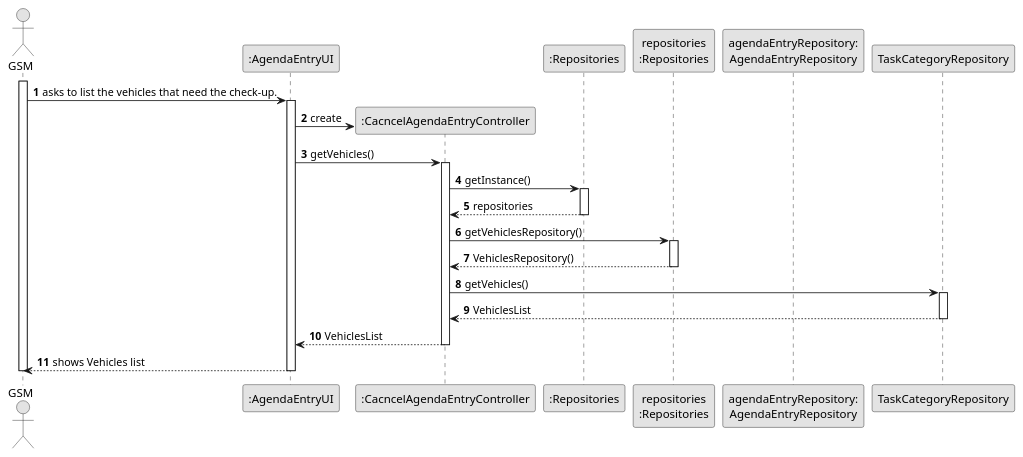
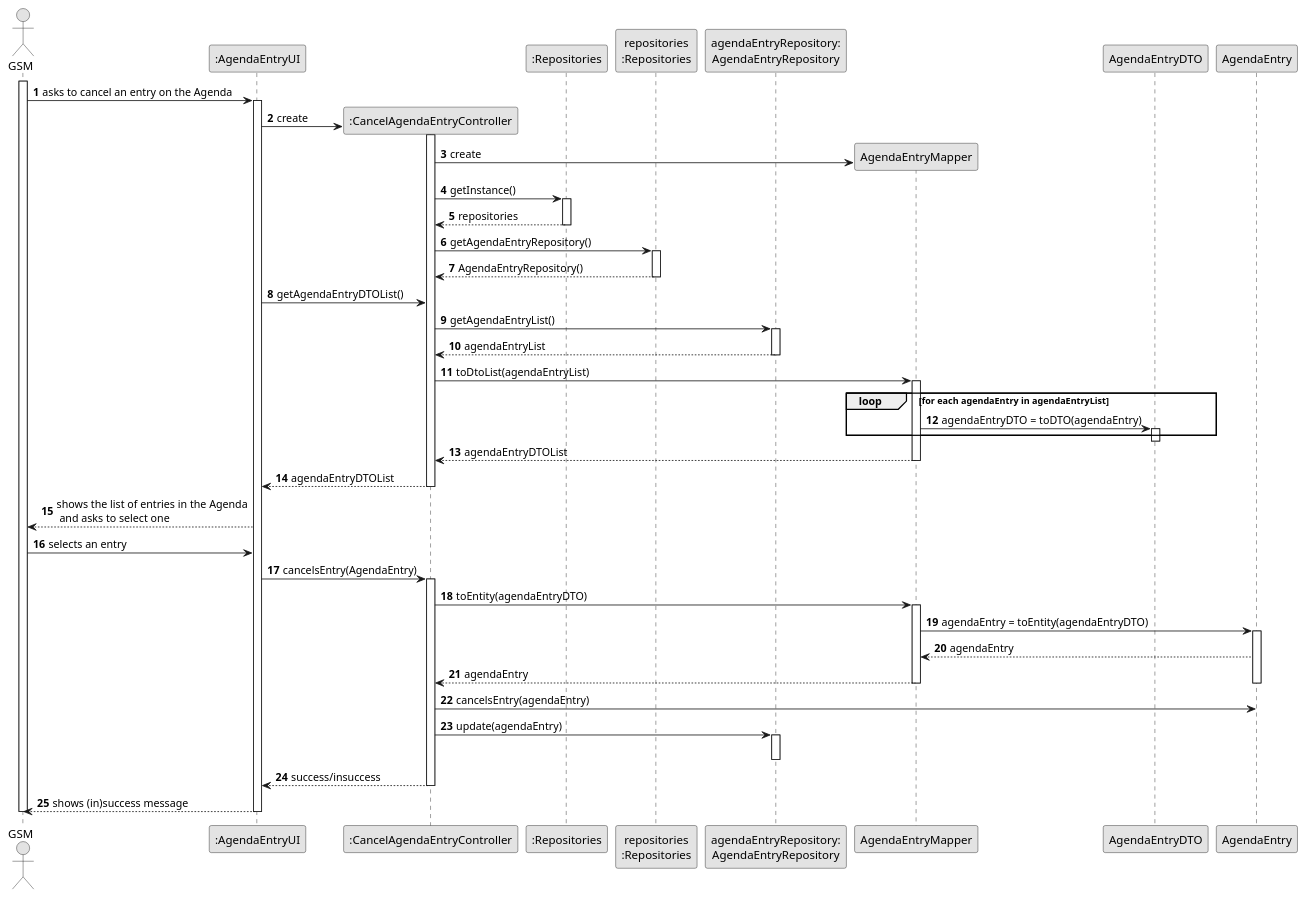
One commit to Departamento-de-Engenharia-Informatica/lei-24-s2-1do-g164 changed the diagram in docs/sprintC/us025/03.design/puml/us025-sequence-diagram-full.puml. Above: the diagram before and after it, drawn with PlantUML. The commit also changed 2 other files, not shown here.

```diff
--- a/docs/sprintC/us025/03.design/puml/us025-sequence-diagram-full.puml
+++ b/docs/sprintC/us025/03.design/puml/us025-sequence-diagram-full.puml
@@ -1,57 +1,111 @@
 @startuml
 skinparam monochrome true
 skinparam packageStyle rectangle
 skinparam shadowing false
 
 autonumber
 
 'hide footbox
 actor "GSM" as GSM
 participant ":AgendaEntryUI" as UI
-participant ":CacncelAgendaEntryController" as CTRL
+participant ":CancelAgendaEntryController" as CTRL
 participant ":Repositories" as RepositorySingleton
 participant "repositories\n:Repositories" as PLAT
 participant "agendaEntryRepository:\nAgendaEntryRepository" as Repo
+participant "AgendaEntryMapper"
+participant "AgendaEntryDTO"
+participant "AgendaEntry"
 
 
 activate GSM
 
-        GSM -> UI : asks to list the vehicles that need the check-up.
+                GSM -> UI : asks to cancel an entry on the Agenda
 
-        activate UI
+                activate UI
 
-'            UI --> ADM : requests data (reference, description,  informal \n description, technical description, duration, cost)
-            'create CTRL
-            UI -> CTRL** : create
+                UI -> CTRL** : create
+                activate CTRL
+                CTRL-> "AgendaEntryMapper"** : create
 
-            UI -> CTRL : getVehicles()
-            activate CTRL
+
 
                 CTRL -> RepositorySingleton : getInstance()
                 activate RepositorySingleton
 
                     RepositorySingleton --> CTRL: repositories
                 deactivate RepositorySingleton
 
-                CTRL -> PLAT : getVehiclesRepository()
+
+                CTRL -> PLAT : getAgendaEntryRepository()
                 activate PLAT
 
-                    PLAT --> CTRL: VehiclesRepository()
+                    PLAT --> CTRL: AgendaEntryRepository()
                 deactivate PLAT
 
-                CTRL -> TaskCategoryRepository : getVehicles()
-                activate TaskCategoryRepository
+                UI-> CTRL: getAgendaEntryDTOList()
 
-                    TaskCategoryRepository --> CTRL : VehiclesList
-                deactivate TaskCategoryRepository
 
-                CTRL --> UI : VehiclesList
-            deactivate CTRL
+                CTRL -> Repo : getAgendaEntryList()
+                activate Repo
 
-            UI --> GSM : shows Vehicles list
-        deactivate UI
+                Repo --> CTRL: agendaEntryList
+                deactivate Repo
+
+
+
+
+                CTRL -> "AgendaEntryMapper" : toDtoList(agendaEntryList)
+                activate "AgendaEntryMapper"
+
+
+                 loop for each agendaEntry in agendaEntryList
+
+                 "AgendaEntryMapper" -> "AgendaEntryDTO" : agendaEntryDTO = toDTO(agendaEntry)
+
+                  activate "AgendaEntryDTO"
+                  end
+                deactivate "AgendaEntryDTO"
+
+                "AgendaEntryMapper" --> CTRL : agendaEntryDTOList
+                deactivate "AgendaEntryMapper"
+
+                 CTRL --> UI : agendaEntryDTOList
+                 deactivate CTRL
+
+                  UI --> GSM : shows the list of entries in the Agenda\n and asks to select one
+
+
+                 GSM-> UI: selects an entry
+
+                 UI-> CTRL: cancelsEntry(AgendaEntry)
+                activate CTRL
+                CTRL-> "AgendaEntryMapper":toEntity(agendaEntryDTO)
+                activate "AgendaEntryMapper"
+                 "AgendaEntryMapper" -> "AgendaEntry": agendaEntry = toEntity(agendaEntryDTO)
+                 activate "AgendaEntry"
+                 AgendaEntry-->"AgendaEntryMapper": agendaEntry
+
+
+
+
+                "AgendaEntryMapper"-->CTRL: agendaEntry
+                deactivate "AgendaEntry"
+                deactivate "AgendaEntryMapper"
+
+                CTRL-> "AgendaEntry": cancelsEntry(agendaEntry)
+
+
+                CTRL-> Repo: update(agendaEntry)
+                activate Repo
+                deactivate "AgendaEntry"
+              deactivate Repo
+
+                CTRL --> UI : success/insuccess
+                deactivate CTRL
+               UI --> GSM : shows (in)success message
+               deactivate UI
 
 
 deactivate GSM
 
 @enduml
```
